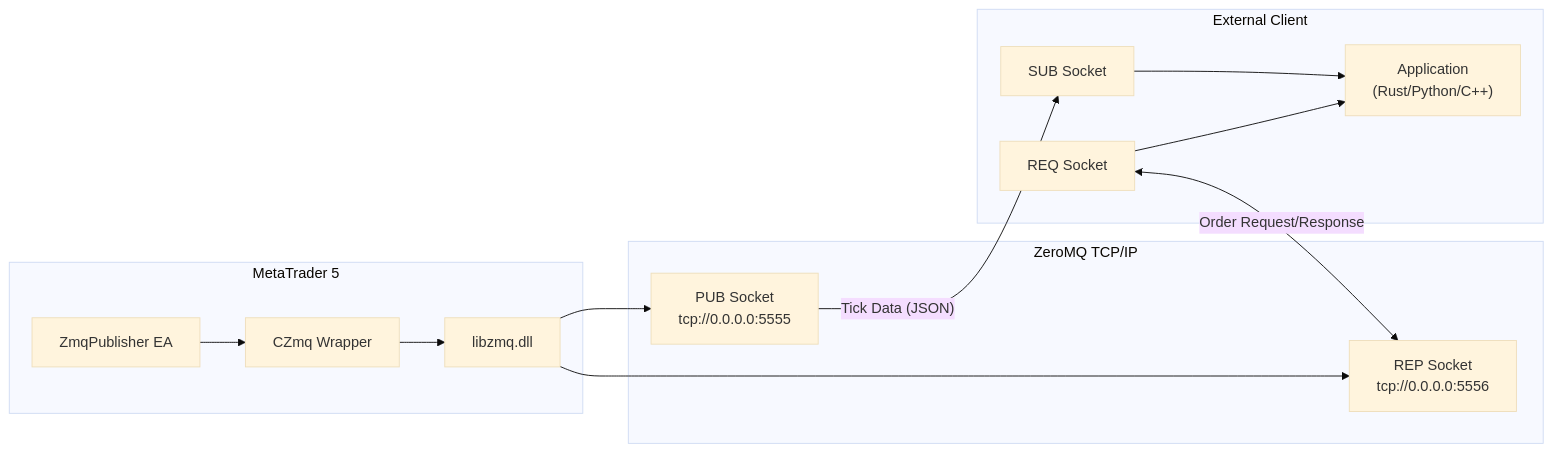
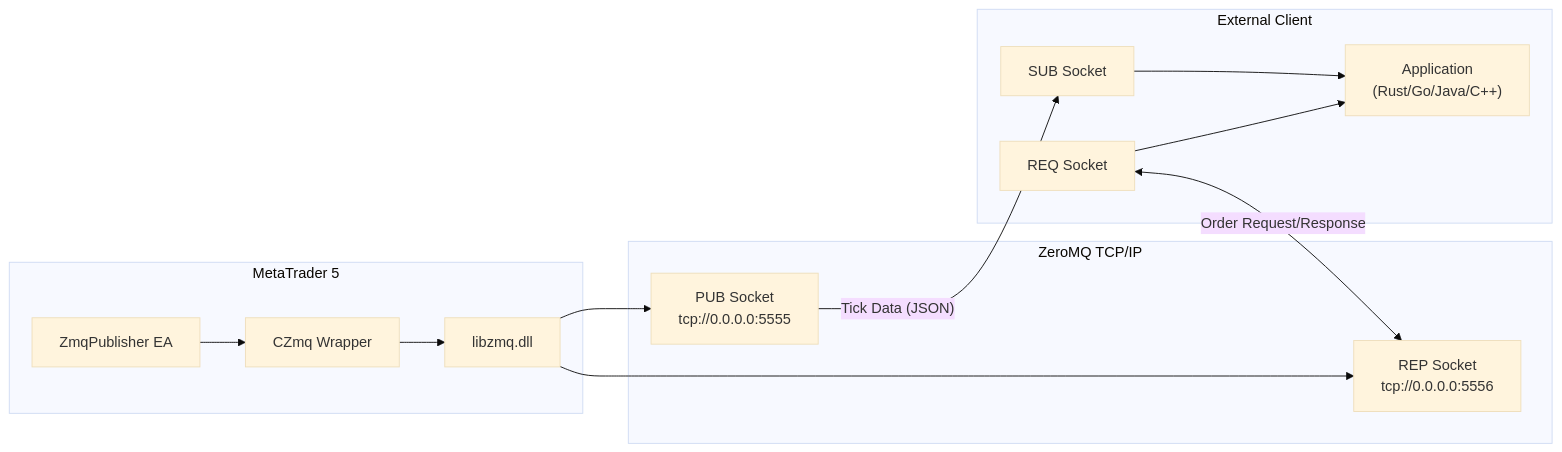
Before and after one commit to algorembrant/SUM3API: the first of 4 diagrams in MQL5-ZMQ Library for SUM3API.md, drawn with Mermaid (base theme). The commit also changed other lines of this file and 1 other file, not shown here.

````diff
--- a/MQL5-ZMQ Library for SUM3API.md
+++ b/MQL5-ZMQ Library for SUM3API.md
@@ -50,28 +53,28 @@
 ```mermaid
 flowchart LR
     subgraph MT5["MetaTrader 5"]
         EA["ZmqPublisher EA"]
         CZmq["CZmq Wrapper"]
         DLL["libzmq.dll"]
         EA --> CZmq
         CZmq --> DLL
     end
 
     subgraph Network["ZeroMQ TCP/IP"]
         PUB["PUB Socket<br/>tcp://0.0.0.0:5555"]
         REP["REP Socket<br/>tcp://0.0.0.0:5556"]
     end
 
     subgraph Client["External Client"]
         SUB["SUB Socket"]
         REQ["REQ Socket"]
-        APP["Application<br/>(Rust/Python/C++)"]
+        APP["Application<br/>(Rust/Go/Java/C++)"]
         SUB --> APP
         REQ --> APP
     end
 
     DLL --> PUB
     DLL --> REP
     PUB -->|"Tick Data (JSON)"| SUB
     REQ <-->|"Order Request/Response"| REP
 ```
````
